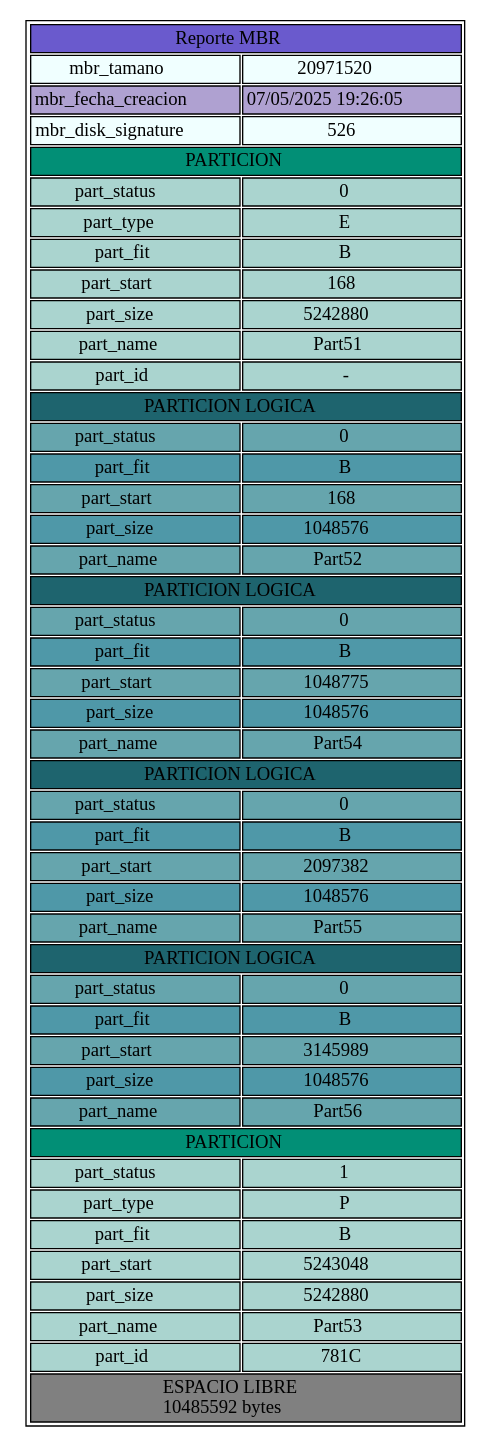
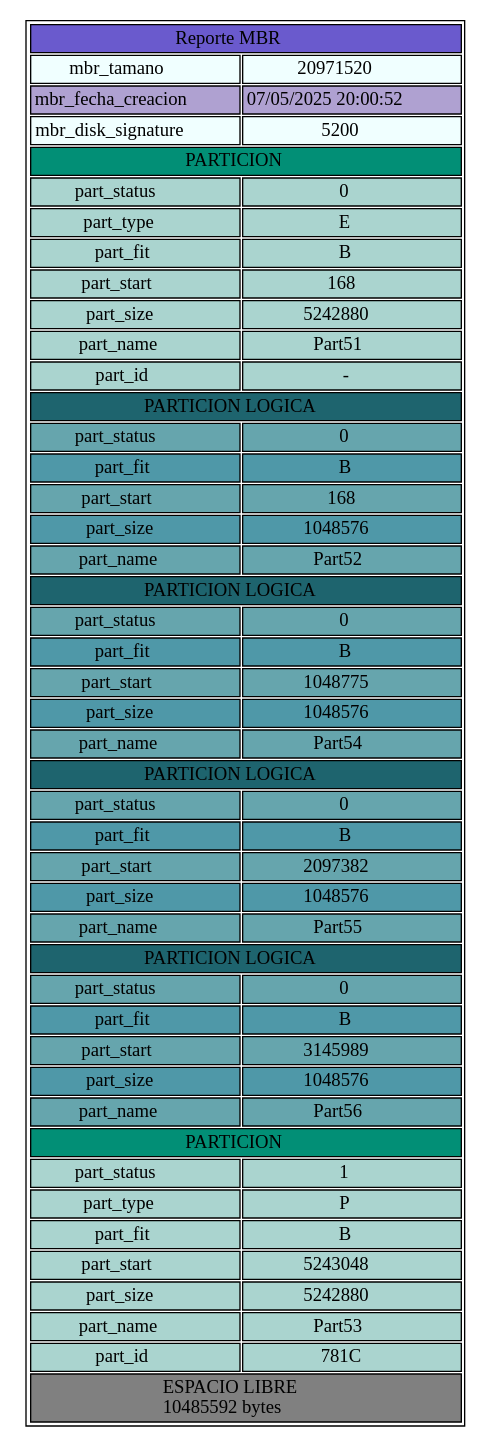
The diagram in Backend/home/yair/Calificacion_MIA/Reportes/p1_r6_mbr.dot (YairCarrito45/MIA-P2), drawn with Graphviz before and after one commit. The commit also changed 31 other files, not shown here.

```diff
--- a/Backend/home/yair/Calificacion_MIA/Reportes/p1_r6_mbr.dot
+++ b/Backend/home/yair/Calificacion_MIA/Reportes/p1_r6_mbr.dot
@@ -1,177 +1,177 @@
 digraph { 
 node [ shape=none ] 
 TablaReportNodo [ label = < <table border="1"> 
  <tr>
   <td bgcolor='SlateBlue' COLSPAN="2"> Reporte MBR </td> 
  </tr> 
  <tr>
   <td bgcolor='Azure'> mbr_tamano </td> 
   <td bgcolor='Azure'> 20971520 </td> 
  </tr> 
  <tr>
   <td bgcolor='#AFA1D1'> mbr_fecha_creacion </td> 
-  <td bgcolor='#AFA1D1'> 07/05/2025 19:26:05 </td> 
+  <td bgcolor='#AFA1D1'> 07/05/2025 20:00:52 </td> 
  </tr> 
  <tr>
   <td bgcolor='Azure'> mbr_disk_signature </td> 
-  <td bgcolor='Azure'> 526 </td> 
+  <td bgcolor='Azure'> 5200 </td> 
  </tr>  
  <tr>
  <td bgcolor='#028f76' COLSPAN="2"> PARTICION </td> 
  </tr> 
  <tr>
  <td bgcolor='#aad4cf'> part_status </td> 
  <td bgcolor='#aad4cf'> 0 </td> 
  </tr> 
  <tr>
  <td bgcolor='#aad4cf'> part_type </td> 
  <td bgcolor='#aad4cf'> E </td> 
  </tr> 
  <tr>
  <td bgcolor='#aad4cf'> part_fit </td> 
  <td bgcolor='#aad4cf'> B </td> 
  </tr> 
  <tr>
  <td bgcolor='#aad4cf'> part_start </td> 
  <td bgcolor='#aad4cf'> 168 </td> 
  </tr> 
  <tr>
  <td bgcolor='#aad4cf'> part_size </td> 
  <td bgcolor='#aad4cf'> 5242880 </td> 
  </tr> 
  <tr>
  <td bgcolor='#aad4cf'> part_name </td> 
  <td bgcolor='#aad4cf'> Part51 </td> 
  </tr> 
  <tr>
  <td bgcolor='#aad4cf'> part_id </td> 
  <td bgcolor='#aad4cf'> - </td> 
  </tr> 
  <tr>
  <td bgcolor='#1e646e' COLSPAN="2"> PARTICION LOGICA </td> 
  </tr> 
  <tr>
  <td bgcolor='#66a5ad'> part_status </td> 
  <td bgcolor='#66a5ad'> 0 </td> 
  </tr> 
  <tr>
  <td bgcolor='#4f98a8'> part_fit </td> 
  <td bgcolor='#4f98a8'> B </td> 
  </tr> 
  <tr>
  <td bgcolor='#66a5ad'> part_start </td> 
  <td bgcolor='#66a5ad'> 168 </td> 
  </tr> 
  <tr>
  <td bgcolor='#4f98a8'> part_size </td> 
  <td bgcolor='#4f98a8'> 1048576 </td> 
  </tr> 
  <tr>
  <td bgcolor='#66a5ad'> part_name </td> 
  <td bgcolor='#66a5ad'> Part52 </td> 
  </tr> 
  <tr>
  <td bgcolor='#1e646e' COLSPAN="2"> PARTICION LOGICA </td> 
  </tr> 
  <tr>
  <td bgcolor='#66a5ad'> part_status </td> 
  <td bgcolor='#66a5ad'> 0 </td> 
  </tr> 
  <tr>
  <td bgcolor='#4f98a8'> part_fit </td> 
  <td bgcolor='#4f98a8'> B </td> 
  </tr> 
  <tr>
  <td bgcolor='#66a5ad'> part_start </td> 
  <td bgcolor='#66a5ad'> 1048775 </td> 
  </tr> 
  <tr>
  <td bgcolor='#4f98a8'> part_size </td> 
  <td bgcolor='#4f98a8'> 1048576 </td> 
  </tr> 
  <tr>
  <td bgcolor='#66a5ad'> part_name </td> 
  <td bgcolor='#66a5ad'> Part54 </td> 
  </tr> 
  <tr>
  <td bgcolor='#1e646e' COLSPAN="2"> PARTICION LOGICA </td> 
  </tr> 
  <tr>
  <td bgcolor='#66a5ad'> part_status </td> 
  <td bgcolor='#66a5ad'> 0 </td> 
  </tr> 
  <tr>
  <td bgcolor='#4f98a8'> part_fit </td> 
  <td bgcolor='#4f98a8'> B </td> 
  </tr> 
  <tr>
  <td bgcolor='#66a5ad'> part_start </td> 
  <td bgcolor='#66a5ad'> 2097382 </td> 
  </tr> 
  <tr>
  <td bgcolor='#4f98a8'> part_size </td> 
  <td bgcolor='#4f98a8'> 1048576 </td> 
  </tr> 
  <tr>
  <td bgcolor='#66a5ad'> part_name </td> 
  <td bgcolor='#66a5ad'> Part55 </td> 
  </tr> 
  <tr>
  <td bgcolor='#1e646e' COLSPAN="2"> PARTICION LOGICA </td> 
  </tr> 
  <tr>
  <td bgcolor='#66a5ad'> part_status </td> 
  <td bgcolor='#66a5ad'> 0 </td> 
  </tr> 
  <tr>
  <td bgcolor='#4f98a8'> part_fit </td> 
  <td bgcolor='#4f98a8'> B </td> 
  </tr> 
  <tr>
  <td bgcolor='#66a5ad'> part_start </td> 
  <td bgcolor='#66a5ad'> 3145989 </td> 
  </tr> 
  <tr>
  <td bgcolor='#4f98a8'> part_size </td> 
  <td bgcolor='#4f98a8'> 1048576 </td> 
  </tr> 
  <tr>
  <td bgcolor='#66a5ad'> part_name </td> 
  <td bgcolor='#66a5ad'> Part56 </td> 
  </tr> 
  <tr>
  <td bgcolor='#028f76' COLSPAN="2"> PARTICION </td> 
  </tr> 
  <tr>
  <td bgcolor='#aad4cf'> part_status </td> 
  <td bgcolor='#aad4cf'> 1 </td> 
  </tr> 
  <tr>
  <td bgcolor='#aad4cf'> part_type </td> 
  <td bgcolor='#aad4cf'> P </td> 
  </tr> 
  <tr>
  <td bgcolor='#aad4cf'> part_fit </td> 
  <td bgcolor='#aad4cf'> B </td> 
  </tr> 
  <tr>
  <td bgcolor='#aad4cf'> part_start </td> 
  <td bgcolor='#aad4cf'> 5243048 </td> 
  </tr> 
  <tr>
  <td bgcolor='#aad4cf'> part_size </td> 
  <td bgcolor='#aad4cf'> 5242880 </td> 
  </tr> 
  <tr>
  <td bgcolor='#aad4cf'> part_name </td> 
  <td bgcolor='#aad4cf'> Part53 </td> 
  </tr> 
  <tr>
  <td bgcolor='#aad4cf'> part_id </td> 
  <td bgcolor='#aad4cf'> 781C </td> 
  </tr> 
  <tr>
  <td bgcolor='#808080' COLSPAN="2"> ESPACIO LIBRE <br/> 10485592 bytes </td> 
  </tr> 
 </table> > ]
 }
```
